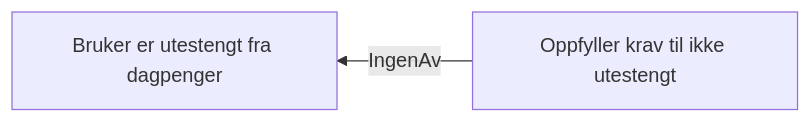
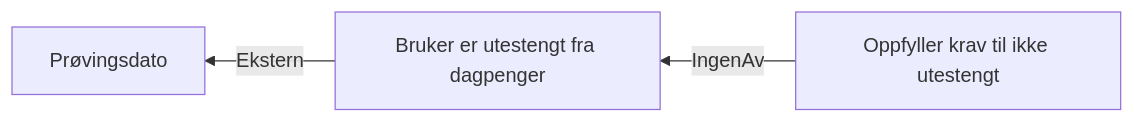
One commit to navikt/dp-behandling changed the diagram in docs/regler/§ 4-28 Utestengning.approved.md. Above: the diagram before and after it, drawn with Mermaid. The commit also changed 88 other files, not shown here.

````diff
--- a/docs/regler/§ 4-28 Utestengning.approved.md
+++ b/docs/regler/§ 4-28 Utestengning.approved.md
@@ -5,4 +5,5 @@
 ```mermaid
 graph RL
-  A["Oppfyller krav til ikke utestengt"] -->|"IngenAv"| B["Bruker er utestengt fra dagpenger"]
+  A["Bruker er utestengt fra dagpenger"] -->|"Ekstern"| B["Prøvingsdato"]
+  C["Oppfyller krav til ikke utestengt"] -->|"IngenAv"| A["Bruker er utestengt fra dagpenger"]
 ```
````
